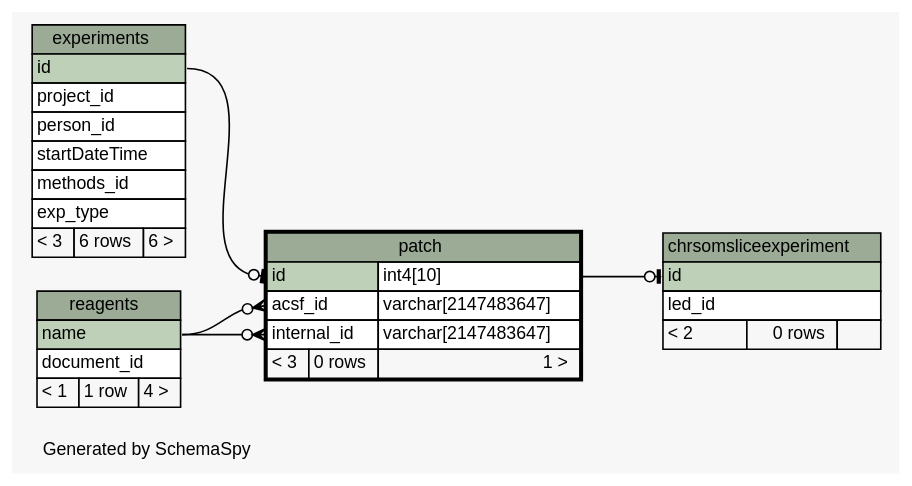
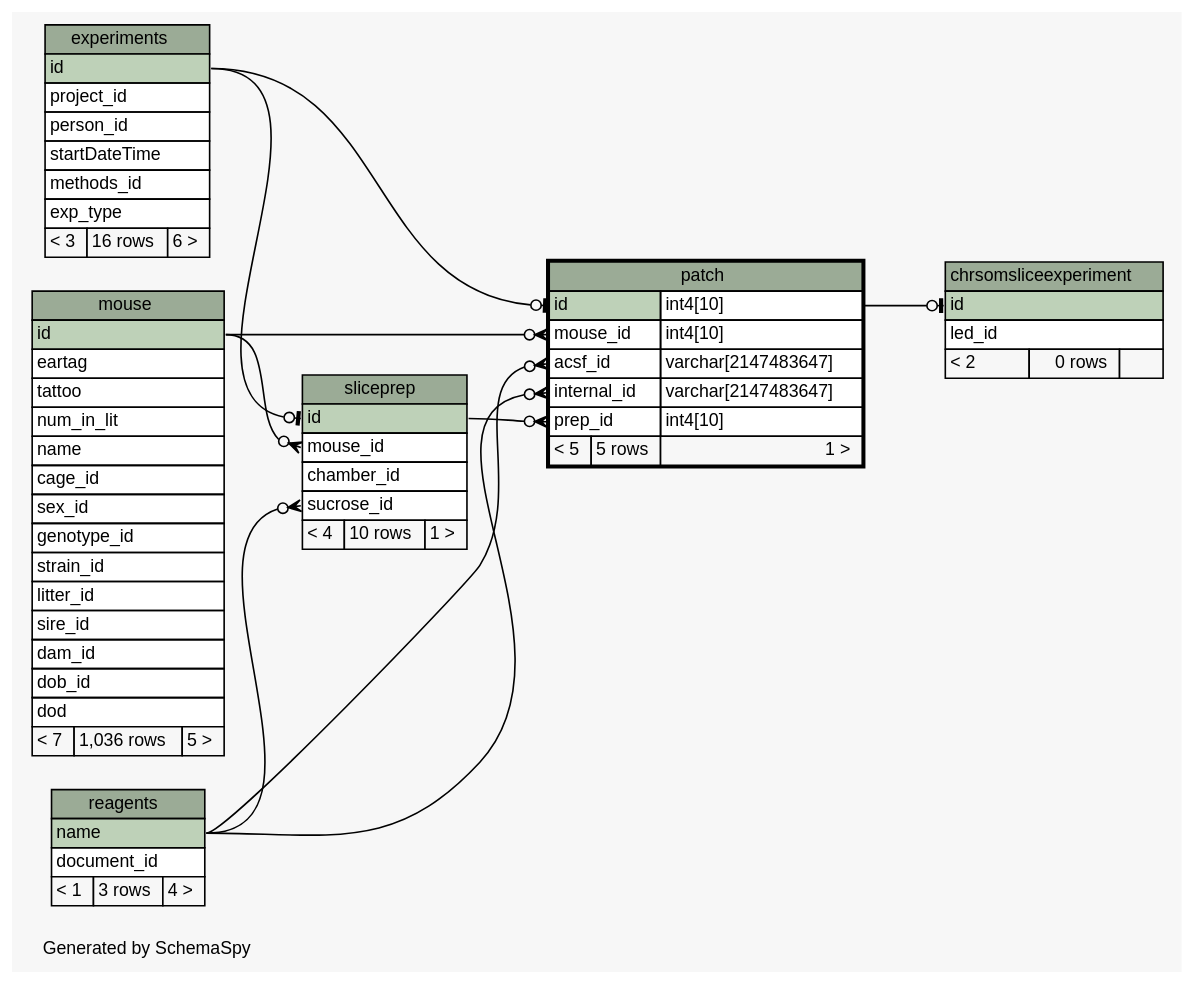
One commit to tgbugs/mlab changed the diagram in database/ss/diagrams/patch.1degree.dot. Above: the diagram before and after it, drawn with Graphviz. The commit also changed 183 other files, not shown here.

```diff
--- a/database/ss/diagrams/patch.1degree.dot
+++ b/database/ss/diagrams/patch.1degree.dot
@@ -1,75 +1,118 @@
 // dot 2.32.0 on Windows 7 6.1
 // SchemaSpy rev 590
 digraph "oneDegreeRelationshipsDiagram" {
   graph [
     rankdir="RL"
     bgcolor="#f7f7f7"
     label="\nGenerated by SchemaSpy"
     labeljust="l"
     nodesep="0.18"
     ranksep="0.46"
     fontname="Helvetica"
     fontsize="11"
   ];
   node [
     fontname="Helvetica"
     fontsize="11"
     shape="plaintext"
   ];
   edge [
     arrowsize="0.8"
   ];
   "chrsomsliceexperiment":"id":w -> "patch":"id.type":e [arrowhead=none dir=back arrowtail=teeodot];
   "patch":"acsf_id":w -> "reagents":"name":e [arrowhead=none dir=back arrowtail=crowodot];
   "patch":"id":w -> "experiments":"id":e [arrowhead=none dir=back arrowtail=teeodot];
   "patch":"internal_id":w -> "reagents":"name":e [arrowhead=none dir=back arrowtail=crowodot];
+  "patch":"mouse_id":w -> "mouse":"id":e [arrowhead=none dir=back arrowtail=crowodot];
+  "patch":"prep_id":w -> "sliceprep":"id":e [arrowhead=none dir=back arrowtail=crowodot];
+  "sliceprep":"id":w -> "experiments":"id":e [arrowhead=none dir=back arrowtail=teeodot];
+  "sliceprep":"mouse_id":w -> "mouse":"id":e [arrowhead=none dir=back arrowtail=crowodot];
+  "sliceprep":"sucrose_id":w -> "reagents":"name":e [arrowhead=none dir=back arrowtail=crowodot];
   "chrsomsliceexperiment" [
     label=<
     <TABLE BORDER="0" CELLBORDER="1" CELLSPACING="0" BGCOLOR="#ffffff">
       <TR><TD COLSPAN="3" BGCOLOR="#9bab96" ALIGN="CENTER">chrsomsliceexperiment</TD></TR>
       <TR><TD PORT="id" COLSPAN="3" BGCOLOR="#bed1b8" ALIGN="LEFT">id</TD></TR>
       <TR><TD PORT="led_id" COLSPAN="3" ALIGN="LEFT">led_id</TD></TR>
       <TR><TD ALIGN="LEFT" BGCOLOR="#f7f7f7">&lt; 2</TD><TD ALIGN="RIGHT" BGCOLOR="#f7f7f7">0 rows</TD><TD ALIGN="RIGHT" BGCOLOR="#f7f7f7">  </TD></TR>
     </TABLE>>
     URL="chrsomsliceexperiment.html"
     tooltip="chrsomsliceexperiment"
   ];
   "experiments" [
     label=<
     <TABLE BORDER="0" CELLBORDER="1" CELLSPACING="0" BGCOLOR="#ffffff">
       <TR><TD COLSPAN="3" BGCOLOR="#9bab96" ALIGN="CENTER">experiments</TD></TR>
       <TR><TD PORT="id" COLSPAN="3" BGCOLOR="#bed1b8" ALIGN="LEFT">id</TD></TR>
       <TR><TD PORT="project_id" COLSPAN="3" ALIGN="LEFT">project_id</TD></TR>
       <TR><TD PORT="person_id" COLSPAN="3" ALIGN="LEFT">person_id</TD></TR>
       <TR><TD PORT="startDateTime" COLSPAN="3" ALIGN="LEFT">startDateTime</TD></TR>
       <TR><TD PORT="methods_id" COLSPAN="3" ALIGN="LEFT">methods_id</TD></TR>
       <TR><TD PORT="exp_type" COLSPAN="3" ALIGN="LEFT">exp_type</TD></TR>
-      <TR><TD ALIGN="LEFT" BGCOLOR="#f7f7f7">&lt; 3</TD><TD ALIGN="RIGHT" BGCOLOR="#f7f7f7">6 rows</TD><TD ALIGN="RIGHT" BGCOLOR="#f7f7f7">6 &gt;</TD></TR>
+      <TR><TD ALIGN="LEFT" BGCOLOR="#f7f7f7">&lt; 3</TD><TD ALIGN="RIGHT" BGCOLOR="#f7f7f7">16 rows</TD><TD ALIGN="RIGHT" BGCOLOR="#f7f7f7">6 &gt;</TD></TR>
     </TABLE>>
     URL="experiments.html"
     tooltip="experiments"
+  ];
+  "mouse" [
+    label=<
+    <TABLE BORDER="0" CELLBORDER="1" CELLSPACING="0" BGCOLOR="#ffffff">
+      <TR><TD COLSPAN="3" BGCOLOR="#9bab96" ALIGN="CENTER">mouse</TD></TR>
+      <TR><TD PORT="id" COLSPAN="3" BGCOLOR="#bed1b8" ALIGN="LEFT">id</TD></TR>
+      <TR><TD PORT="eartag" COLSPAN="3" ALIGN="LEFT">eartag</TD></TR>
+      <TR><TD PORT="tattoo" COLSPAN="3" ALIGN="LEFT">tattoo</TD></TR>
+      <TR><TD PORT="num_in_lit" COLSPAN="3" ALIGN="LEFT">num_in_lit</TD></TR>
+      <TR><TD PORT="name" COLSPAN="3" ALIGN="LEFT">name</TD></TR>
+      <TR><TD PORT="cage_id" COLSPAN="3" ALIGN="LEFT">cage_id</TD></TR>
+      <TR><TD PORT="sex_id" COLSPAN="3" ALIGN="LEFT">sex_id</TD></TR>
+      <TR><TD PORT="genotype_id" COLSPAN="3" ALIGN="LEFT">genotype_id</TD></TR>
+      <TR><TD PORT="strain_id" COLSPAN="3" ALIGN="LEFT">strain_id</TD></TR>
+      <TR><TD PORT="litter_id" COLSPAN="3" ALIGN="LEFT">litter_id</TD></TR>
+      <TR><TD PORT="sire_id" COLSPAN="3" ALIGN="LEFT">sire_id</TD></TR>
+      <TR><TD PORT="dam_id" COLSPAN="3" ALIGN="LEFT">dam_id</TD></TR>
+      <TR><TD PORT="dob_id" COLSPAN="3" ALIGN="LEFT">dob_id</TD></TR>
+      <TR><TD PORT="dod" COLSPAN="3" ALIGN="LEFT">dod</TD></TR>
+      <TR><TD ALIGN="LEFT" BGCOLOR="#f7f7f7">&lt; 7</TD><TD ALIGN="RIGHT" BGCOLOR="#f7f7f7">1,036 rows</TD><TD ALIGN="RIGHT" BGCOLOR="#f7f7f7">5 &gt;</TD></TR>
+    </TABLE>>
+    URL="mouse.html"
+    tooltip="mouse"
   ];
   "patch" [
     label=<
     <TABLE BORDER="2" CELLBORDER="1" CELLSPACING="0" BGCOLOR="#ffffff">
       <TR><TD COLSPAN="3" BGCOLOR="#9bab96" ALIGN="CENTER">patch</TD></TR>
       <TR><TD PORT="id" COLSPAN="2" BGCOLOR="#bed1b8" ALIGN="LEFT">id</TD><TD PORT="id.type" ALIGN="LEFT">int4[10]</TD></TR>
+      <TR><TD PORT="mouse_id" COLSPAN="2" ALIGN="LEFT">mouse_id</TD><TD PORT="mouse_id.type" ALIGN="LEFT">int4[10]</TD></TR>
       <TR><TD PORT="acsf_id" COLSPAN="2" ALIGN="LEFT">acsf_id</TD><TD PORT="acsf_id.type" ALIGN="LEFT">varchar[2147483647]</TD></TR>
       <TR><TD PORT="internal_id" COLSPAN="2" ALIGN="LEFT">internal_id</TD><TD PORT="internal_id.type" ALIGN="LEFT">varchar[2147483647]</TD></TR>
-      <TR><TD ALIGN="LEFT" BGCOLOR="#f7f7f7">&lt; 3</TD><TD ALIGN="RIGHT" BGCOLOR="#f7f7f7">0 rows</TD><TD ALIGN="RIGHT" BGCOLOR="#f7f7f7">1 &gt;</TD></TR>
+      <TR><TD PORT="prep_id" COLSPAN="2" ALIGN="LEFT">prep_id</TD><TD PORT="prep_id.type" ALIGN="LEFT">int4[10]</TD></TR>
+      <TR><TD ALIGN="LEFT" BGCOLOR="#f7f7f7">&lt; 5</TD><TD ALIGN="RIGHT" BGCOLOR="#f7f7f7">5 rows</TD><TD ALIGN="RIGHT" BGCOLOR="#f7f7f7">1 &gt;</TD></TR>
     </TABLE>>
     URL="patch.html"
     tooltip="patch"
   ];
   "reagents" [
     label=<
     <TABLE BORDER="0" CELLBORDER="1" CELLSPACING="0" BGCOLOR="#ffffff">
       <TR><TD COLSPAN="3" BGCOLOR="#9bab96" ALIGN="CENTER">reagents</TD></TR>
       <TR><TD PORT="name" COLSPAN="3" BGCOLOR="#bed1b8" ALIGN="LEFT">name</TD></TR>
       <TR><TD PORT="document_id" COLSPAN="3" ALIGN="LEFT">document_id</TD></TR>
-      <TR><TD ALIGN="LEFT" BGCOLOR="#f7f7f7">&lt; 1</TD><TD ALIGN="RIGHT" BGCOLOR="#f7f7f7">1 row</TD><TD ALIGN="RIGHT" BGCOLOR="#f7f7f7">4 &gt;</TD></TR>
+      <TR><TD ALIGN="LEFT" BGCOLOR="#f7f7f7">&lt; 1</TD><TD ALIGN="RIGHT" BGCOLOR="#f7f7f7">3 rows</TD><TD ALIGN="RIGHT" BGCOLOR="#f7f7f7">4 &gt;</TD></TR>
     </TABLE>>
     URL="reagents.html"
     tooltip="reagents"
   ];
+  "sliceprep" [
+    label=<
+    <TABLE BORDER="0" CELLBORDER="1" CELLSPACING="0" BGCOLOR="#ffffff">
+      <TR><TD COLSPAN="3" BGCOLOR="#9bab96" ALIGN="CENTER">sliceprep</TD></TR>
+      <TR><TD PORT="id" COLSPAN="3" BGCOLOR="#bed1b8" ALIGN="LEFT">id</TD></TR>
+      <TR><TD PORT="mouse_id" COLSPAN="3" ALIGN="LEFT">mouse_id</TD></TR>
+      <TR><TD PORT="chamber_id" COLSPAN="3" ALIGN="LEFT">chamber_id</TD></TR>
+      <TR><TD PORT="sucrose_id" COLSPAN="3" ALIGN="LEFT">sucrose_id</TD></TR>
+      <TR><TD ALIGN="LEFT" BGCOLOR="#f7f7f7">&lt; 4</TD><TD ALIGN="RIGHT" BGCOLOR="#f7f7f7">10 rows</TD><TD ALIGN="RIGHT" BGCOLOR="#f7f7f7">1 &gt;</TD></TR>
+    </TABLE>>
+    URL="sliceprep.html"
+    tooltip="sliceprep"
+  ];
 }
```
